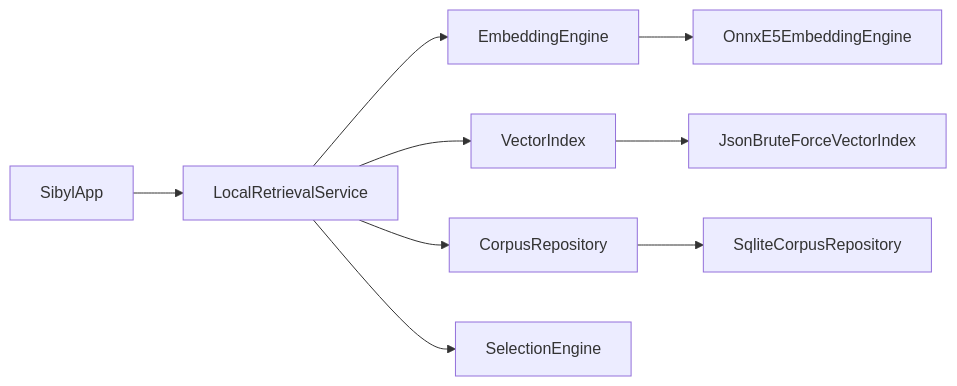
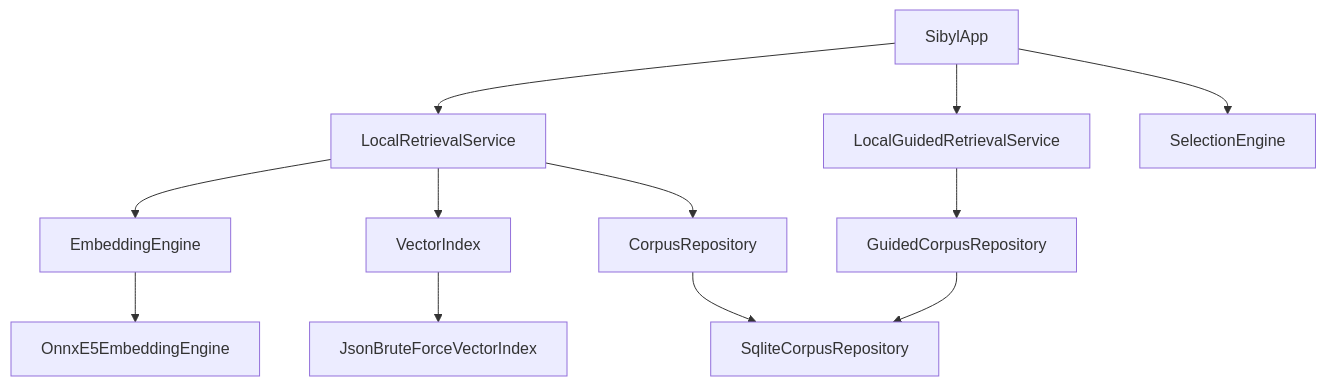
Before and after one commit to folk21/sibyl: the second of 2 diagrams in docs/IMPLEMENTATION.md, drawn with Mermaid. The commit also changed other lines of this file and 59 other files, not shown here.

````diff
--- a/docs/IMPLEMENTATION.md
+++ b/docs/IMPLEMENTATION.md
@@ -44,11 +45,14 @@
 ```mermaid
-flowchart LR
-    UI[SibylApp] --> R[LocalRetrievalService]
-    R --> E[EmbeddingEngine]
-    R --> I[VectorIndex]
-    R --> C[CorpusRepository]
-    R --> S[SelectionEngine]
+flowchart TD
+    UI[SibylApp] --> FR[LocalRetrievalService]
+    UI --> GR[LocalGuidedRetrievalService]
+    FR --> E[EmbeddingEngine]
+    FR --> I[VectorIndex]
+    FR --> C[CorpusRepository]
+    GR --> G[GuidedCorpusRepository]
+    C --> SQ[SqliteCorpusRepository]
+    G --> SQ
     E --> OE[OnnxE5EmbeddingEngine]
     I --> JV[JsonBruteForceVectorIndex]
-    C --> SQ[SqliteCorpusRepository]
+    UI --> S[SelectionEngine]
 ```
````
